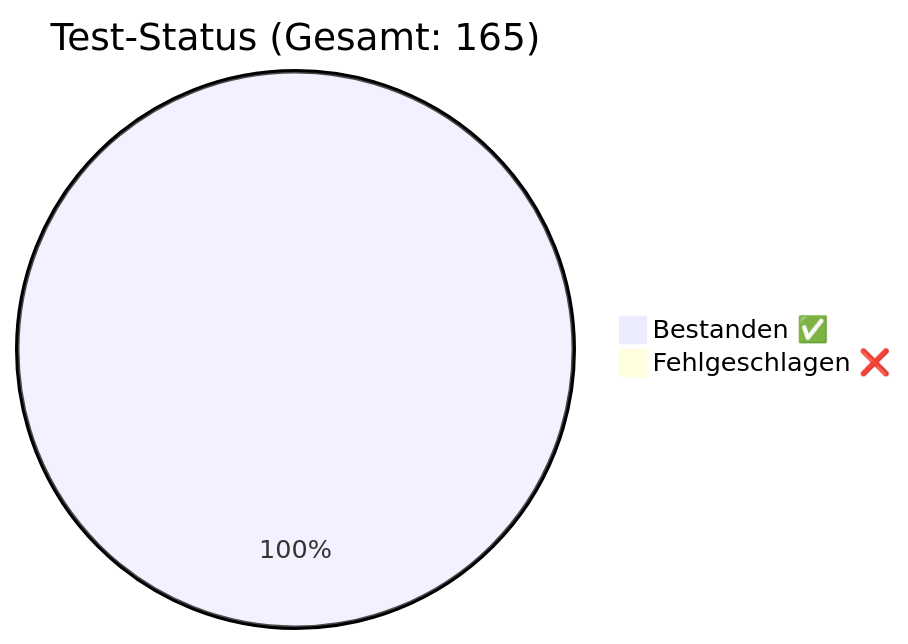
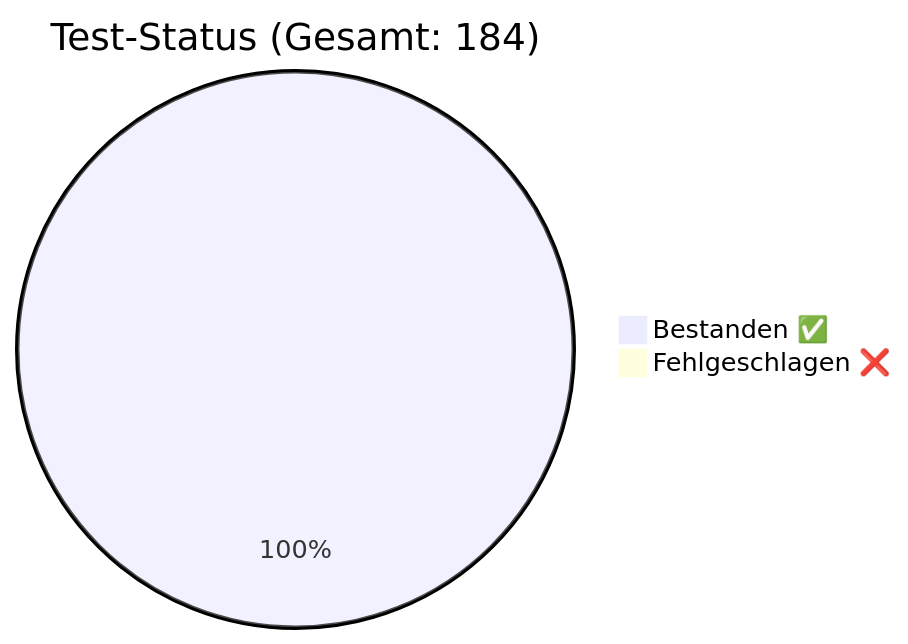
Before and after one commit to rorila/GCS: the diagram in docs/QA_Report.md, drawn with Mermaid. The commit also changed other lines of this file and 18 other files, not shown here.

````diff
--- a/docs/QA_Report.md
+++ b/docs/QA_Report.md
@@ -7,5 +7,5 @@
 ```mermaid
-pie title Test-Status (Gesamt: 165)
-    "Bestanden ✅" : 165
+pie title Test-Status (Gesamt: 184)
+    "Bestanden ✅" : 184
     "Fehlgeschlagen ❌" : 0
 ```
````
